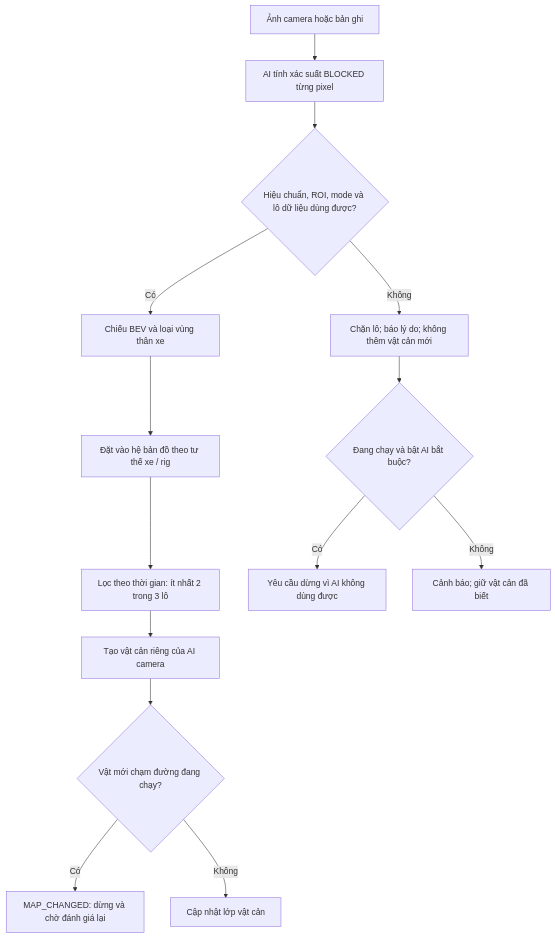
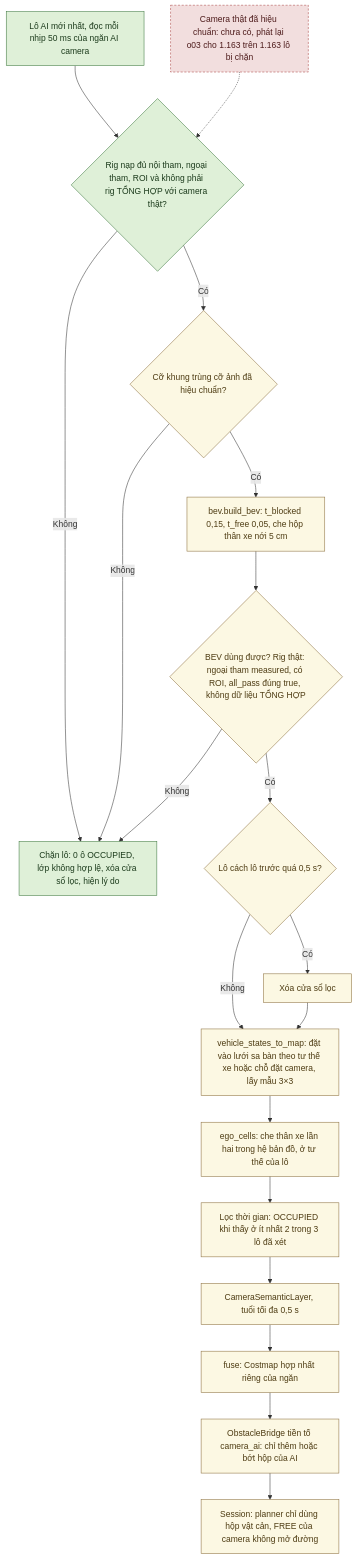
The fifth of 5 diagrams in TONG_HOP_DU_AN.md (thbn12082/autopark), drawn with Mermaid before and after one commit. The commit also changed other lines of this file and 55 other files, not shown here.

````diff
--- a/TONG_HOP_DU_AN.md
+++ b/TONG_HOP_DU_AN.md
@@ -217,16 +330,27 @@
 ```mermaid
 flowchart TD
-    A["Ảnh camera hoặc bản ghi"] --> B["AI tính xác suất BLOCKED từng pixel"]
-    B --> C{"Hiệu chuẩn, ROI, mode và lô dữ liệu dùng được?"}
-    C -->|Không| X["Chặn lô; báo lý do; không thêm vật cản mới"]
-    C -->|Có| D["Chiếu BEV và loại vùng thân xe"]
-    D --> E["Đặt vào hệ bản đồ theo tư thế xe / rig"]
-    E --> F["Lọc theo thời gian: ít nhất 2 trong 3 lô"]
-    F --> G["Tạo vật cản riêng của AI camera"]
-    G --> H{"Vật mới chạm đường đang chạy?"}
-    H -->|Có| S["MAP_CHANGED: dừng và chờ đánh giá lại"]
-    H -->|Không| K["Cập nhật lớp vật cản"]
-    X --> Q{"Đang chạy và bật AI bắt buộc?"}
-    Q -->|Có| S2["Yêu cầu dừng vì AI không dùng được"]
-    Q -->|Không| W["Cảnh báo; giữ vật cản đã biết"]
+    RES["Lô AI mới nhất, đọc mỗi nhịp 50 ms của ngăn AI camera"] --> ST{"Rig nạp đủ nội tham, ngoại tham, ROI và không phải rig TỔNG HỢP với camera thật?"}
+    ST -->|Không| BLK["Chặn lô: 0 ô OCCUPIED, lớp không hợp lệ, xóa cửa sổ lọc, hiện lý do"]
+    ST -->|Có| SZ{"Cỡ khung trùng cỡ ảnh đã hiệu chuẩn?"}
+    SZ -->|Không| BLK
+    SZ -->|Có| BEV["bev.build_bev: t_blocked 0,15, t_free 0,05, che hộp thân xe nới 5 cm"]
+    BEV --> GT{"BEV dùng được? Rig thật: ngoại tham measured, có ROI, all_pass đúng true, không dữ liệu TỔNG HỢP"}
+    GT -->|Không| BLK
+    GT -->|Có| GAP{"Lô cách lô trước quá 0,5 s?"}
+    GAP -->|Có| CLR["Xóa cửa sổ lọc"]
+    GAP -->|Không| MAPF
+    CLR --> MAPF["vehicle_states_to_map: đặt vào lưới sa bàn theo tư thế xe hoặc chỗ đặt camera, lấy mẫu 3×3"]
+    MAPF --> EGO["ego_cells: che thân xe lần hai trong hệ bản đồ, ở tư thế của lô"]
+    EGO --> FLT["Lọc thời gian: OCCUPIED khi thấy ở ít nhất 2 trong 3 lô đã xét"]
+    FLT --> LAY["CameraSemanticLayer, tuổi tối đa 0,5 s"]
+    LAY --> FUS["fuse: Costmap hợp nhất riêng của ngăn"]
+    FUS --> BRG["ObstacleBridge tiền tố camera_ai: chỉ thêm hoặc bớt hộp của AI"]
+    BRG --> SES["Session: planner chỉ dùng hộp vật cản, FREE của camera không mở đường"]
+    REAL["Camera thật đã hiệu chuẩn: chưa có, phát lại o03 cho 1.163 trên 1.163 lô bị chặn"] -.-> ST
+    classDef daco fill:#dff0d8,stroke:#3c763d,color:#1b3a1b
+    classDef giaLap fill:#fcf8e3,stroke:#8a6d3b,color:#4d3b12
+    classDef chuaLam fill:#f2dede,stroke:#a94442,color:#4d1a1a,stroke-dasharray: 4 3
+    class RES,ST,BLK daco
+    class SZ,BEV,GT,GAP,CLR,MAPF,EGO,FLT,LAY,FUS,BRG,SES giaLap
+    class REAL chuaLam
 ```
````
